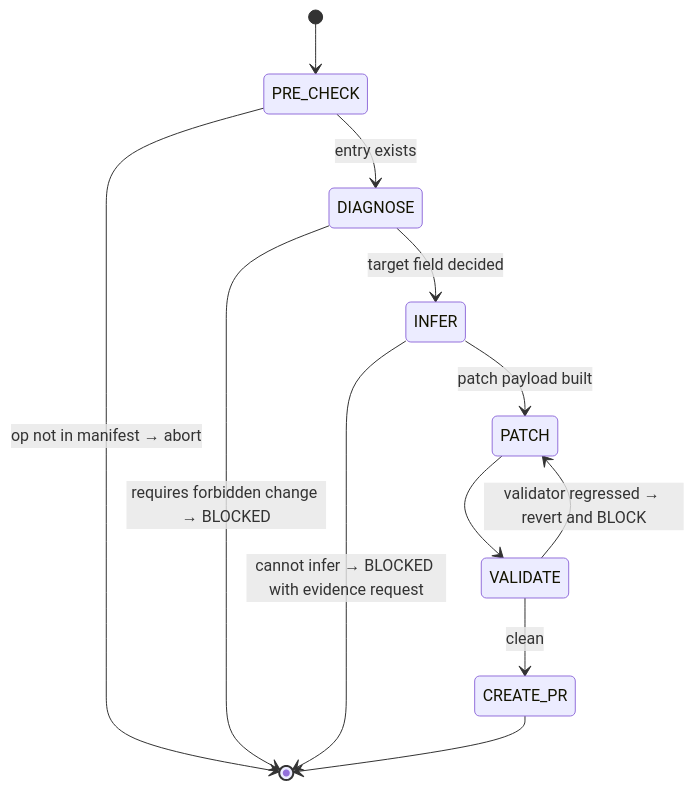
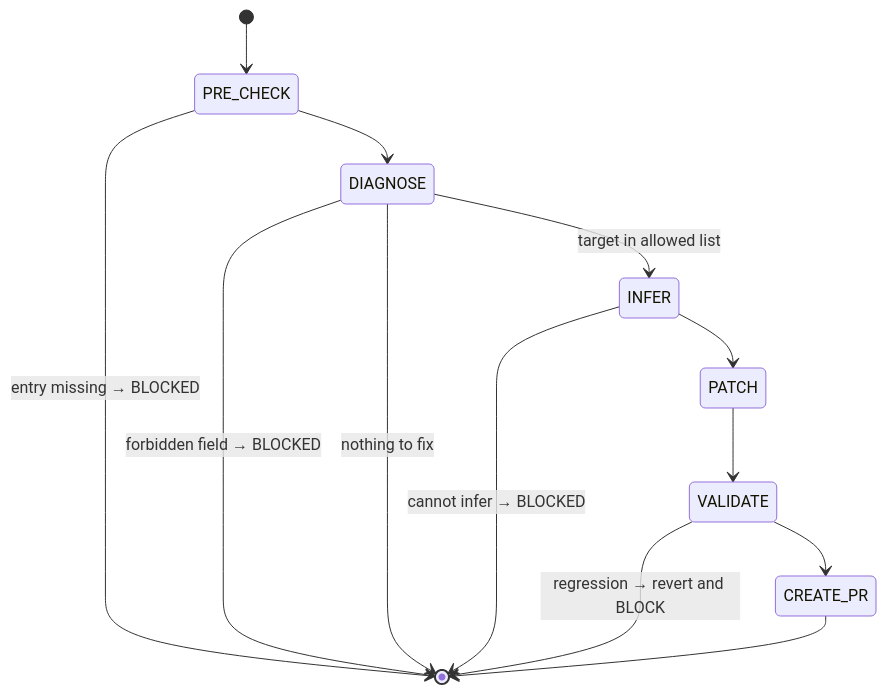
Before and after one commit to tile-ai/TileOPs: the diagram in .claude/skills/fix-manifest/SKILL.md, drawn with Mermaid. The commit also changed other lines of this file and 1 other file, not shown here.

First line of the commit message:
[Chore][Skills] tighten manifest skills for agent execution

````diff
--- a/.claude/skills/fix-manifest/SKILL.md
+++ b/.claude/skills/fix-manifest/SKILL.md
@@ -30,14 +26,15 @@
 ```mermaid
 stateDiagram-v2
     [*] --> PRE_CHECK
-    PRE_CHECK --> [*]: op not in manifest → abort
-    PRE_CHECK --> DIAGNOSE: entry exists
-    DIAGNOSE --> INFER: target field decided
-    DIAGNOSE --> [*]: requires forbidden change → BLOCKED
-    INFER --> PATCH: patch payload built
-    INFER --> [*]: cannot infer → BLOCKED with evidence request
+    PRE_CHECK --> [*]: entry missing → BLOCKED
+    PRE_CHECK --> DIAGNOSE
+    DIAGNOSE --> INFER: target in allowed list
+    DIAGNOSE --> [*]: forbidden field → BLOCKED
+    DIAGNOSE --> [*]: nothing to fix
+    INFER --> PATCH
+    INFER --> [*]: cannot infer → BLOCKED
     PATCH --> VALIDATE
-    VALIDATE --> PATCH: validator regressed → revert and BLOCK
-    VALIDATE --> CREATE_PR: clean
+    VALIDATE --> [*]: regression → revert and BLOCK
+    VALIDATE --> CREATE_PR
     CREATE_PR --> [*]
 ```
````
